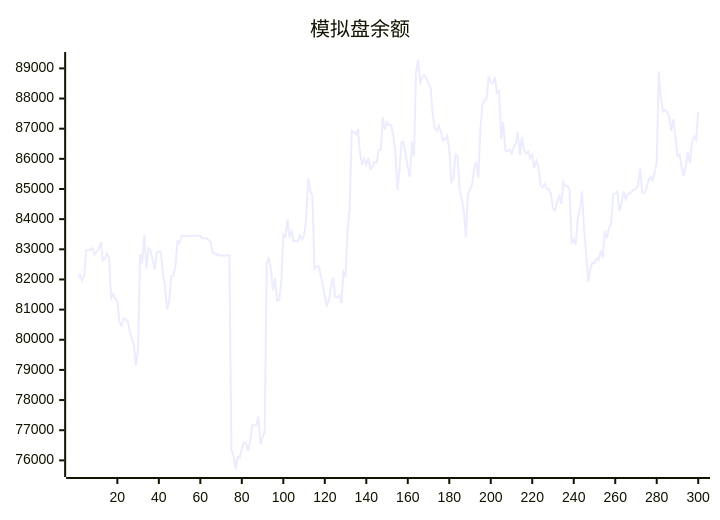
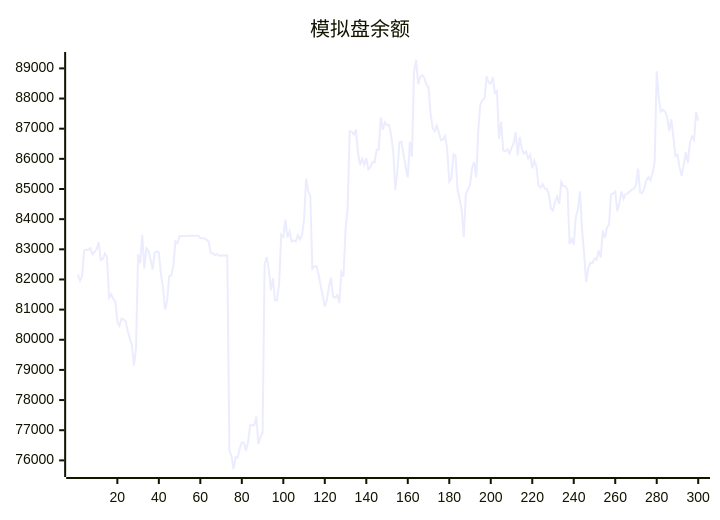
One commit to aahl/ai-trading changed the diagram in README.md. Above: the diagram before and after it, drawn with Mermaid. The commit also changed other lines of this file and 1 other file, not shown here.

````diff
--- a/README.md
+++ b/README.md
@@ -5,5 +5,5 @@
 ```mermaid
 xychart
     title "模拟盘余额"
-    line [82056,82166,81963,82110,82951,82983,82984,83038,82838,82915,82998,83235,82642,82682,82858,82746,81396,81512,81362,81277,80600,80461,80699,80673,80616,80288,80038,79836,79142,79722,82837,82533,83480,82366,83032,82960,82654,82330,82883,82934,82901,82188,81728,81005,81298,82110,82135,82449,83264,83203,83440,83439,83440,83440,83446,83447,83448,83447,83448,83449,83369,83369,83369,83313,83256,82872,82873,82801,82844,82785,82791,82791,82793,82794,76339,76145,75714,76110,76096,76397,76594,76585,76310,76607,77160,77170,77160,77456,76541,76774,76927,82520,82744,82337,81639,82040,81307,81314,81887,83490,83414,83984,83396,83594,83261,83287,83253,83470,83327,83465,83987,85348,84930,84786,82355,82433,82438,82167,81795,81466,81105,81315,81756,82064,81426,81398,81481,81210,82242,82099,83658,84359,86925,86892,86814,86980,86203,85802,86003,85811,86028,85657,85721,85896,85880,86300,86299,87378,86965,87214,87115,87118,86780,86238,84966,85623,86555,86562,86129,85722,85387,86569,86070,88870,89278,88477,88720,88781,88668,88467,88372,87493,87018,86917,87102,86870,86613,86644,86758,86317,85242,85334,86149,86106,84968,84671,84302,83410,84816,85001,85127,85693,85891,85384,87001,87811,87945,88007,88734,88528,88495,88705,88189,88248,86662,87234,86279,86251,86314,86177,86364,86503,86886,86114,86731,86310,86176,86240,86017,86136,85685,85938,85749,85111,85044,85164,85016,85008,84824,84354,84287,84572,84745,84500,85234,85096,85095,84970,83180,83338,83157,84070,84309,84922,83667,82850,81924,82369,82552,82539,82695,82648,82962,82728,83619,83378,83710,83825,84819,84854,84917,84265,84527,84919,84668,84834,84850,84916,84981,85004,85131,85674,84891,84864,85019,85284,85393,85294,85538,85894,88904,88012,87567,87625,87568,87386,86920,87313,86737,86094,86143,85725,85437,85787,86219,85859,86526,86740,86630,87563]
+    line [82166,81963,82110,82951,82983,82984,83038,82838,82915,82998,83235,82642,82682,82858,82746,81396,81512,81362,81277,80600,80461,80699,80673,80616,80288,80038,79836,79142,79722,82837,82533,83480,82366,83032,82960,82654,82330,82883,82934,82901,82188,81728,81005,81298,82110,82135,82449,83264,83203,83440,83439,83440,83440,83446,83447,83448,83447,83448,83449,83369,83369,83369,83313,83256,82872,82873,82801,82844,82785,82791,82791,82793,82794,76339,76145,75714,76110,76096,76397,76594,76585,76310,76607,77160,77170,77160,77456,76541,76774,76927,82520,82744,82337,81639,82040,81307,81314,81887,83490,83414,83984,83396,83594,83261,83287,83253,83470,83327,83465,83987,85348,84930,84786,82355,82433,82438,82167,81795,81466,81105,81315,81756,82064,81426,81398,81481,81210,82242,82099,83658,84359,86925,86892,86814,86980,86203,85802,86003,85811,86028,85657,85721,85896,85880,86300,86299,87378,86965,87214,87115,87118,86780,86238,84966,85623,86555,86562,86129,85722,85387,86569,86070,88870,89278,88477,88720,88781,88668,88467,88372,87493,87018,86917,87102,86870,86613,86644,86758,86317,85242,85334,86149,86106,84968,84671,84302,83410,84816,85001,85127,85693,85891,85384,87001,87811,87945,88007,88734,88528,88495,88705,88189,88248,86662,87234,86279,86251,86314,86177,86364,86503,86886,86114,86731,86310,86176,86240,86017,86136,85685,85938,85749,85111,85044,85164,85016,85008,84824,84354,84287,84572,84745,84500,85234,85096,85095,84970,83180,83338,83157,84070,84309,84922,83667,82850,81924,82369,82552,82539,82695,82648,82962,82728,83619,83378,83710,83825,84819,84854,84917,84265,84527,84919,84668,84834,84850,84916,84981,85004,85131,85674,84891,84864,85019,85284,85393,85294,85538,85894,88904,88012,87567,87625,87568,87386,86920,87313,86737,86094,86143,85725,85437,85787,86219,85859,86526,86740,86630,87563,87264]
 ```
````
